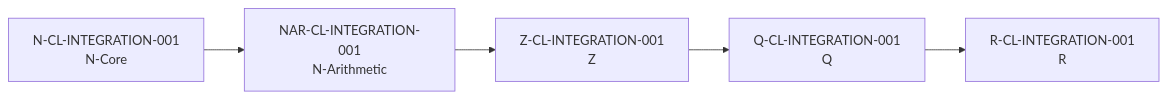
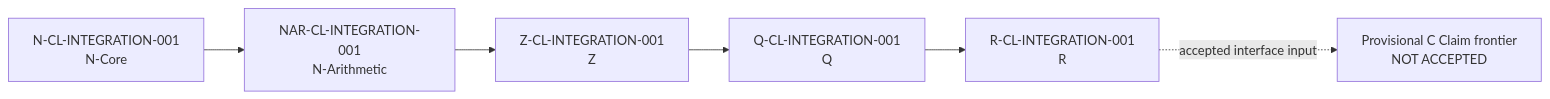
The first of 7 diagrams in LAB/00_ARCHITECTURE/views/CLAIM_DEPENDENCY_GRAPH_VIEW.md (Scientifica-eng/BOMA), drawn with Mermaid before and after one commit. The commit also changed other lines of this file, not shown here.

Commit message:
C transparency: add provisional C Claim graph without acceptance inflation

````diff
--- a/LAB/00_ARCHITECTURE/views/CLAIM_DEPENDENCY_GRAPH_VIEW.md
+++ b/LAB/00_ARCHITECTURE/views/CLAIM_DEPENDENCY_GRAPH_VIEW.md
@@ -28,7 +32,8 @@
 ```mermaid
 flowchart LR
   N[N-CL-INTEGRATION-001\nN-Core] --> NA[NAR-CL-INTEGRATION-001\nN-Arithmetic]
   NA --> Z[Z-CL-INTEGRATION-001\nZ]
   Z --> Q[Q-CL-INTEGRATION-001\nQ]
   Q --> R[R-CL-INTEGRATION-001\nR]
+  R -. accepted interface input .-> CPROV[Provisional C Claim frontier\nNOT ACCEPTED]
 ```
````
